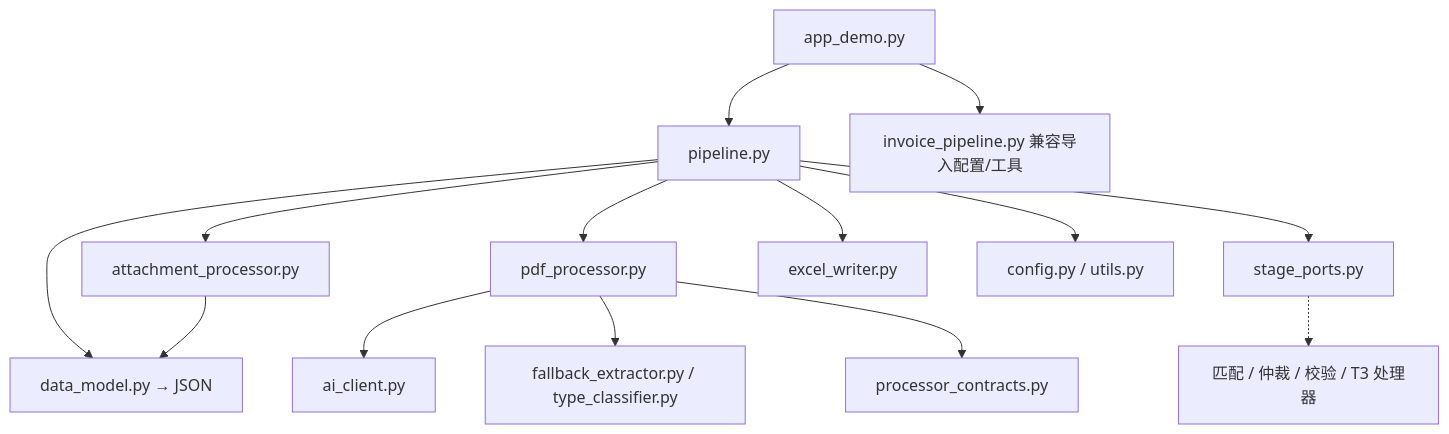
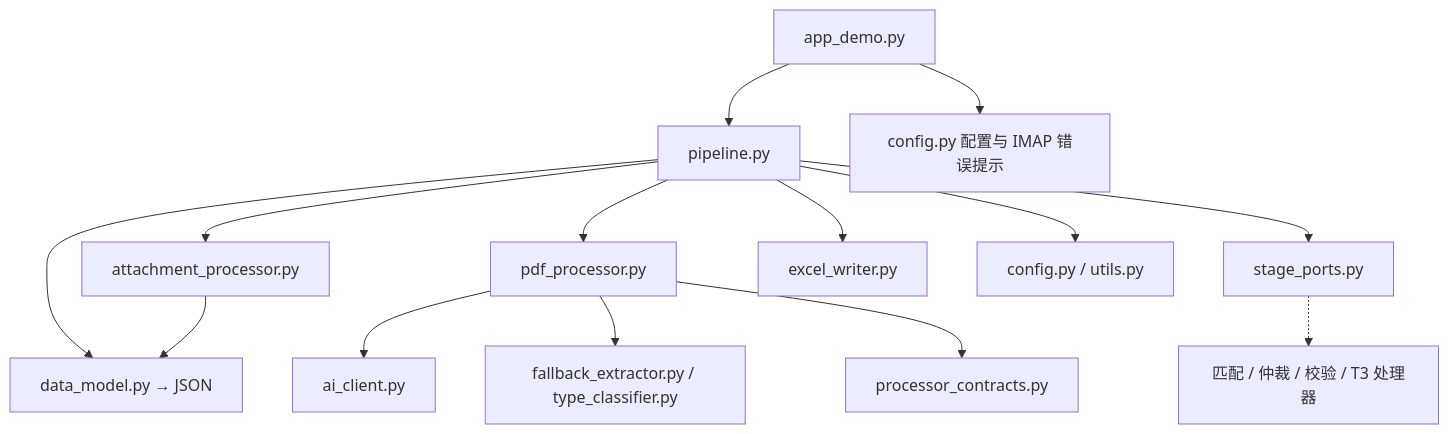
The diagram in 01 docs/01 project/项目结构与任务边界.md (MUKE-git/Fapiao_Task), drawn with Mermaid before and after one commit. The commit also changed other lines of this file and 6 other files, not shown here.

````diff
--- a/01 docs/01 project/项目结构与任务边界.md
+++ b/01 docs/01 project/项目结构与任务边界.md
@@ -80,16 +80,16 @@
 ```mermaid
 flowchart TD
     APP["app_demo.py"] --> P["pipeline.py"]
-    APP --> COMP["invoice_pipeline.py 兼容导入配置/工具"]
+    APP --> CFG["config.py 配置与 IMAP 错误提示"]
     P --> A["attachment_processor.py"]
     P --> PDF["pdf_processor.py"]
     PDF --> AI["ai_client.py"]
     PDF --> F["fallback_extractor.py / type_classifier.py"]
     PDF --> C["processor_contracts.py"]
     P --> S["stage_ports.py"]
     S -.-> FUT["匹配 / 仲裁 / 校验 / T3 处理器"]
     P --> E["excel_writer.py"]
     P --> D["data_model.py → JSON"]
     A --> D
     P --> U["config.py / utils.py"]
 ```
````
